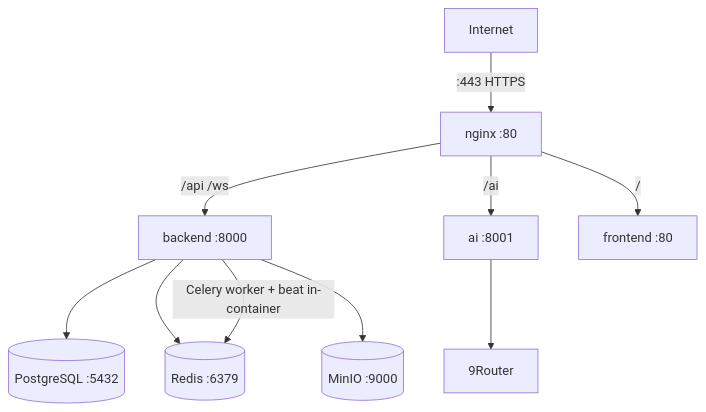
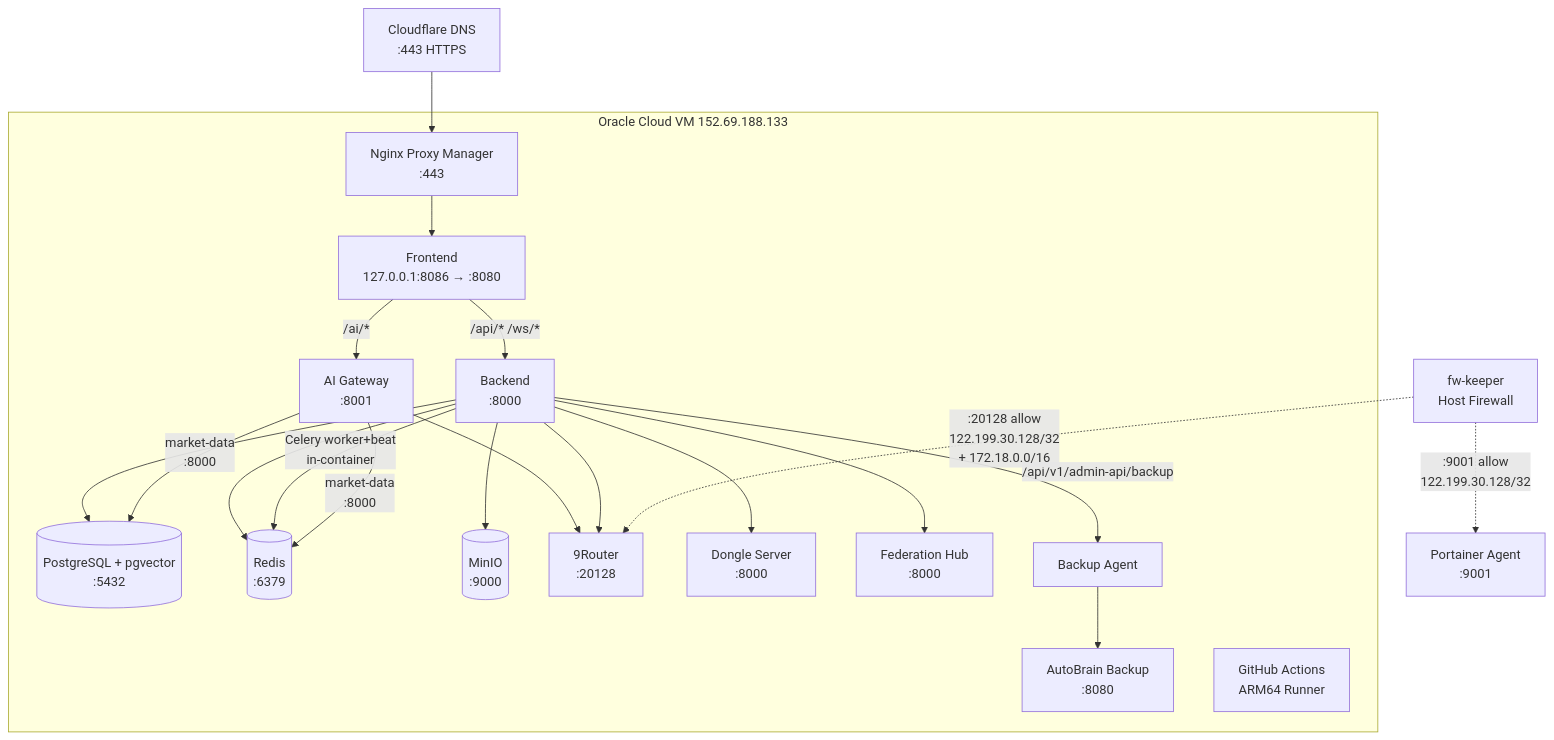
Before and after one commit to CannonFodder151/autobrain: the first of 4 diagrams in docs/Deployment-and-Infrastructure/infrastructure-diagrams.md, drawn with Mermaid. The commit also changed other lines of this file and 8 other files, not shown here.

````diff
--- a/docs/Deployment-and-Infrastructure/infrastructure-diagrams.md
+++ b/docs/Deployment-and-Infrastructure/infrastructure-diagrams.md
@@ -5,12 +5,36 @@
 ```mermaid
 graph TD
-    Net[Internet] -->|:443 HTTPS| Nginx[nginx :80]
-    Nginx -->|/api /ws| Backend[backend :8000]
-    Nginx -->|/ai| AI[ai :8001]
-    Nginx -->|/| Frontend[frontend :80]
-    Backend --> Postgres[(PostgreSQL :5432)]
-    Backend --> Redis[(Redis :6379)]
-    Backend --> MinIO[(MinIO :9000)]
-    Backend -->|Celery worker + beat in-container| Redis
-    AI --> Router[9Router]
+    CF[Cloudflare DNS\n:443 HTTPS] --> NPM[Nginx Proxy Manager\n:443]
+    NPM --> FE[Frontend\n127.0.0.1:8086 → :8080]
+    FE -->|/api/* /ws/*| BE[Backend\n:8000]
+    FE -->|/ai/*| AI[AI Gateway\n:8001]
+    BE --> PG[(PostgreSQL + pgvector\n:5432)]
+    BE --> RD[(Redis\n:6379)]
+    BE --> MN[(MinIO\n:9000)]
+    BE -->|Celery worker+beat\nin-container| RD
+    AI -->|market-data\n:8000| RD
+    AI -->|market-data\n:8000| PG
+    AI --> RTR[9Router\n:20128]
+    BE --> RTR
+    BE --> DS[Dongle Server\n:8000]
+    BE --> HUB[Federation Hub\n:8000]
+    BE -->|/api/v1/admin-api/backup| BA[Backup Agent]
+    BA --> AB[AutoBrain Backup\n:8080]
+    subgraph Oracle_VM[Oracle Cloud VM 152.69.188.133]
+        NPM
+        FE
+        BE
+        AI
+        PG
+        RD
+        MN
+        DS
+        HUB
+        BA
+        AB
+        RTR
+        GH[GitHub Actions\nARM64 Runner]
+    end
+    FW[fw-keeper\nHost Firewall] -.->|:20128 allow\n122.199.30.128/32\n+ 172.18.0.0/16| RTR
+    FW -.->|:9001 allow\n122.199.30.128/32| PA[Portainer Agent\n:9001]
 ```
````
